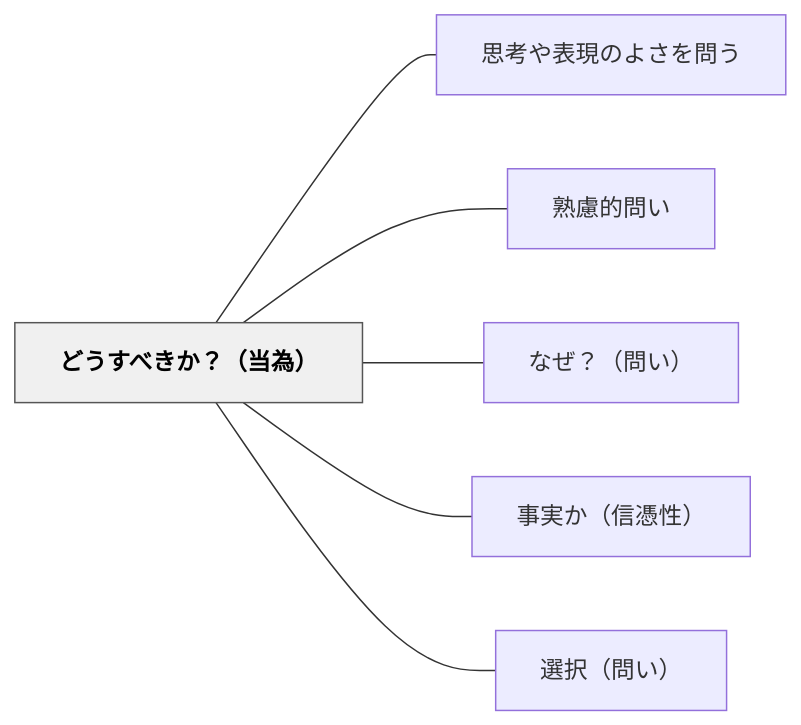
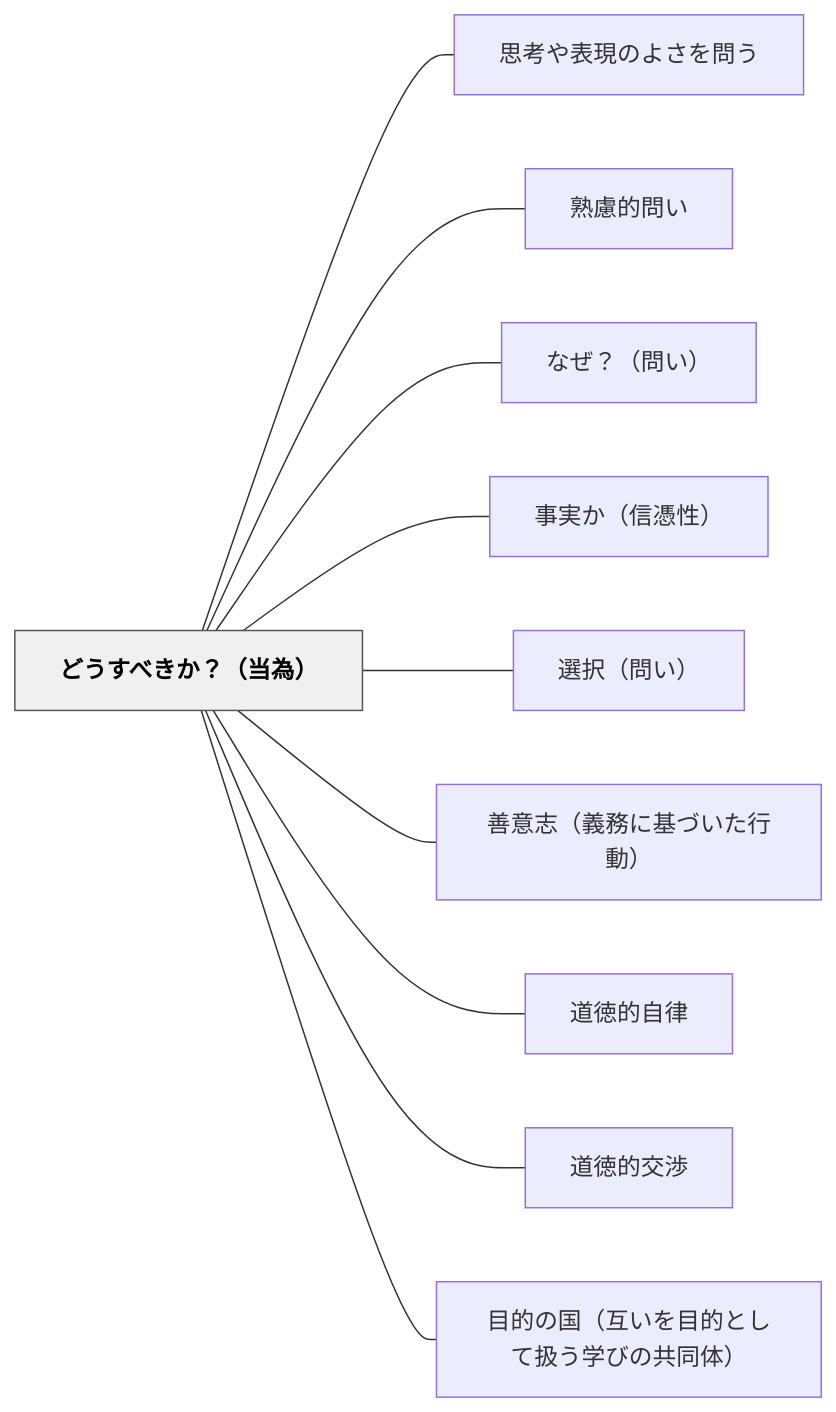
The diagram in content/パタン/どうすべきか？（当為）.md (unknownthings-ed-patterns/unknownthings-ed-patterns), drawn with Mermaid before and after one commit. The commit also changed other lines of this file and 7 other files, not shown here.

````diff
--- a/content/パタン/どうすべきか？（当為）.md
+++ b/content/パタン/どうすべきか？（当為）.md
@@ -42,18 +59,26 @@
 ```mermaid
 flowchart LR
     ne381a9e38186e38199e381b9e3818de3818befbc9fefbc88e5bd93e782baefbc89["どうすべきか？（当為）"]
     ne6809de88083e38284e8a1a8e78fbee381aee38288e38195e38292e5958fe38186["思考や表現のよさを問う"]
     ne7869fe685aee79a84e5958fe38184["熟慮的問い"]
     ne381aae3819cefbc9fefbc88e5958fe38184efbc89["なぜ？（問い）"]
     ne4ba8be5ae9fe3818befbc88e4bfa1e68691e680a7efbc89["事実か（信憑性）"]
     ne981b8e68a9eefbc88e5958fe38184efbc89["選択（問い）"]
+    ne59684e6848fe5bf97efbc88e7bea9e58b99e381abe59fbae381a5e38184e3819fe8a18ce58b95efbc89["善意志（義務に基づいた行動）"]
+    ne98193e5beb3e79a84e887aae5be8b["道徳的自律"]
+    ne98193e5beb3e79a84e4baa4e6b889["道徳的交渉"]
+    ne79baee79a84e381aee59bbdefbc88e4ba92e38184e38292e79baee79a84e381a8e38197e381a6e689b1e38186e5ada6e381b3e381aee585b1e5908ce4bd93efbc89["目的の国（互いを目的として扱う学びの共同体）"]
 
     ne381a9e38186e38199e381b9e3818de3818befbc9fefbc88e5bd93e782baefbc89 --- ne6809de88083e38284e8a1a8e78fbee381aee38288e38195e38292e5958fe38186
     ne381a9e38186e38199e381b9e3818de3818befbc9fefbc88e5bd93e782baefbc89 --- ne7869fe685aee79a84e5958fe38184
     ne381a9e38186e38199e381b9e3818de3818befbc9fefbc88e5bd93e782baefbc89 --- ne381aae3819cefbc9fefbc88e5958fe38184efbc89
     ne381a9e38186e38199e381b9e3818de3818befbc9fefbc88e5bd93e782baefbc89 --- ne4ba8be5ae9fe3818befbc88e4bfa1e68691e680a7efbc89
     ne381a9e38186e38199e381b9e3818de3818befbc9fefbc88e5bd93e782baefbc89 --- ne981b8e68a9eefbc88e5958fe38184efbc89
+    ne381a9e38186e38199e381b9e3818de3818befbc9fefbc88e5bd93e782baefbc89 --- ne59684e6848fe5bf97efbc88e7bea9e58b99e381abe59fbae381a5e38184e3819fe8a18ce58b95efbc89
+    ne381a9e38186e38199e381b9e3818de3818befbc9fefbc88e5bd93e782baefbc89 --- ne98193e5beb3e79a84e887aae5be8b
+    ne381a9e38186e38199e381b9e3818de3818befbc9fefbc88e5bd93e782baefbc89 --- ne98193e5beb3e79a84e4baa4e6b889
+    ne381a9e38186e38199e381b9e3818de3818befbc9fefbc88e5bd93e782baefbc89 --- ne79baee79a84e381aee59bbdefbc88e4ba92e38184e38292e79baee79a84e381a8e38197e381a6e689b1e38186e5ada6e381b3e381aee585b1e5908ce4bd93efbc89
 
     classDef hub fill:#f0f0f0,stroke:#555,color:#000,font-weight:bold
     class ne381a9e38186e38199e381b9e3818de3818befbc9fefbc88e5bd93e782baefbc89 hub
 ```
````
